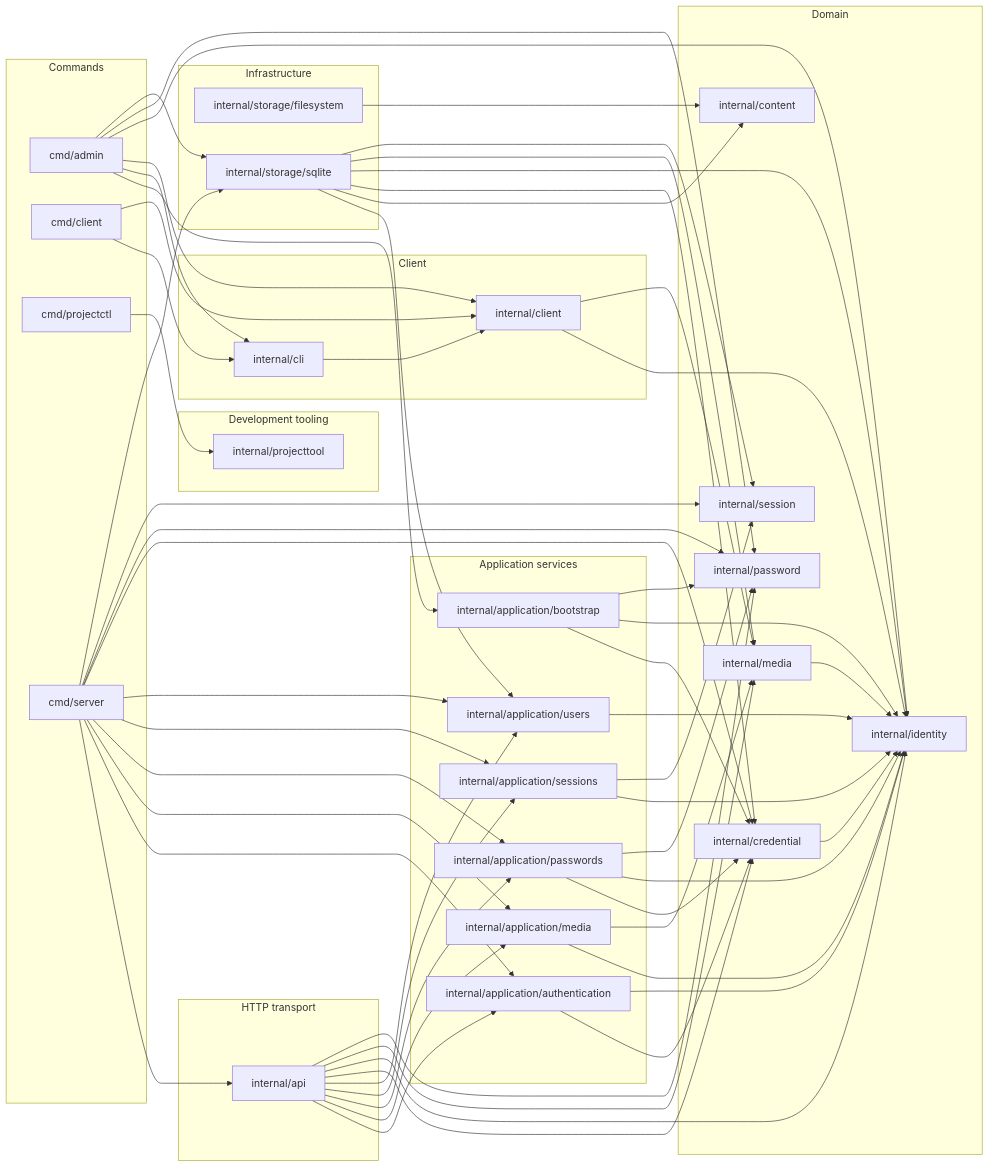
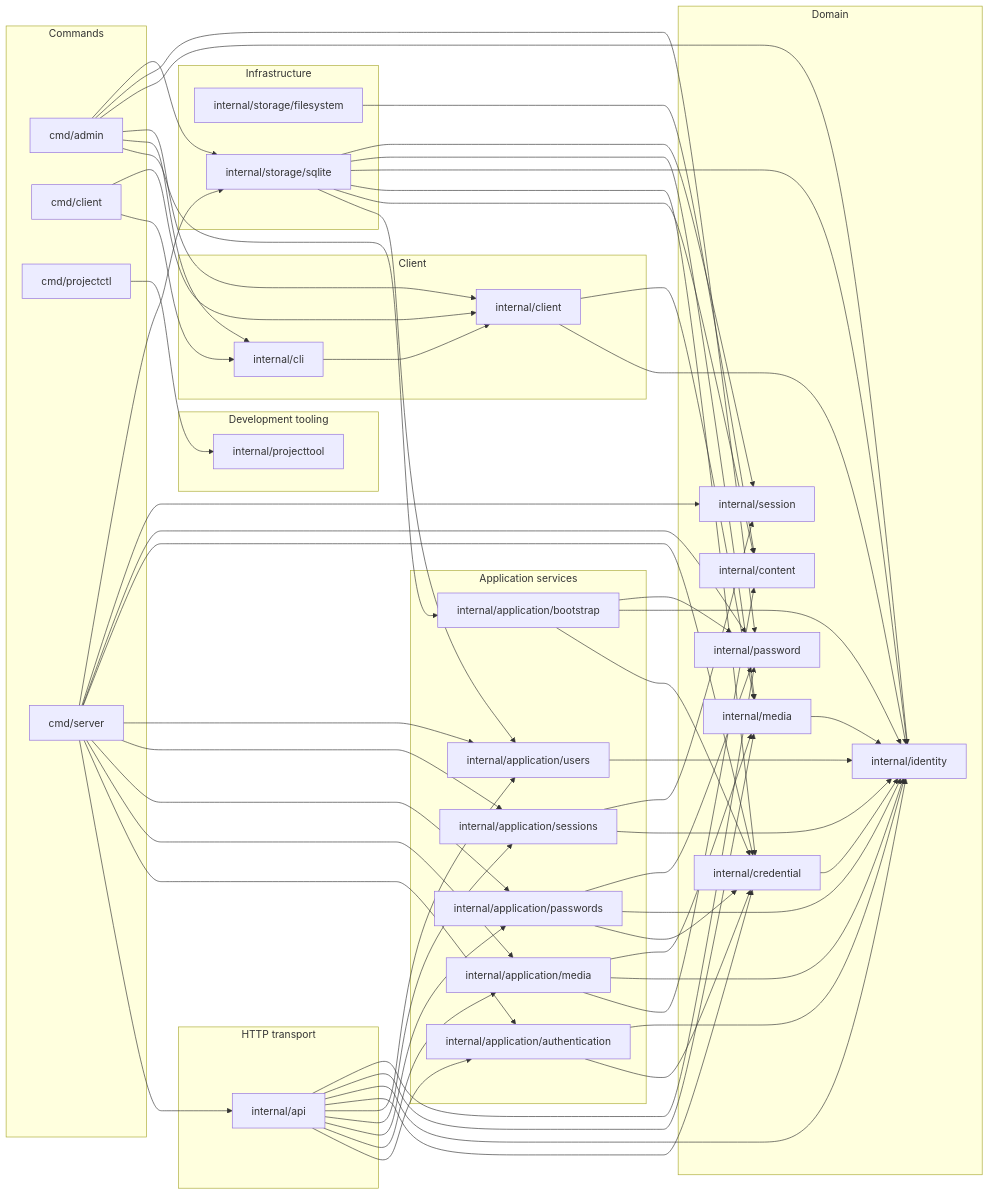
The diagram in docs/architecture.md (ebe542/go-mediaarchive), drawn with Mermaid before and after one commit. The commit also changed 8 other files, not shown here.

```diff
--- a/docs/architecture.md
+++ b/docs/architecture.md
@@ -89,6 +89,7 @@
   package6 --> package14
   package6 --> package15
   package6 --> package17
+  package7 --> package13
   package7 --> package15
   package7 --> package16
   package8 --> package14
```
